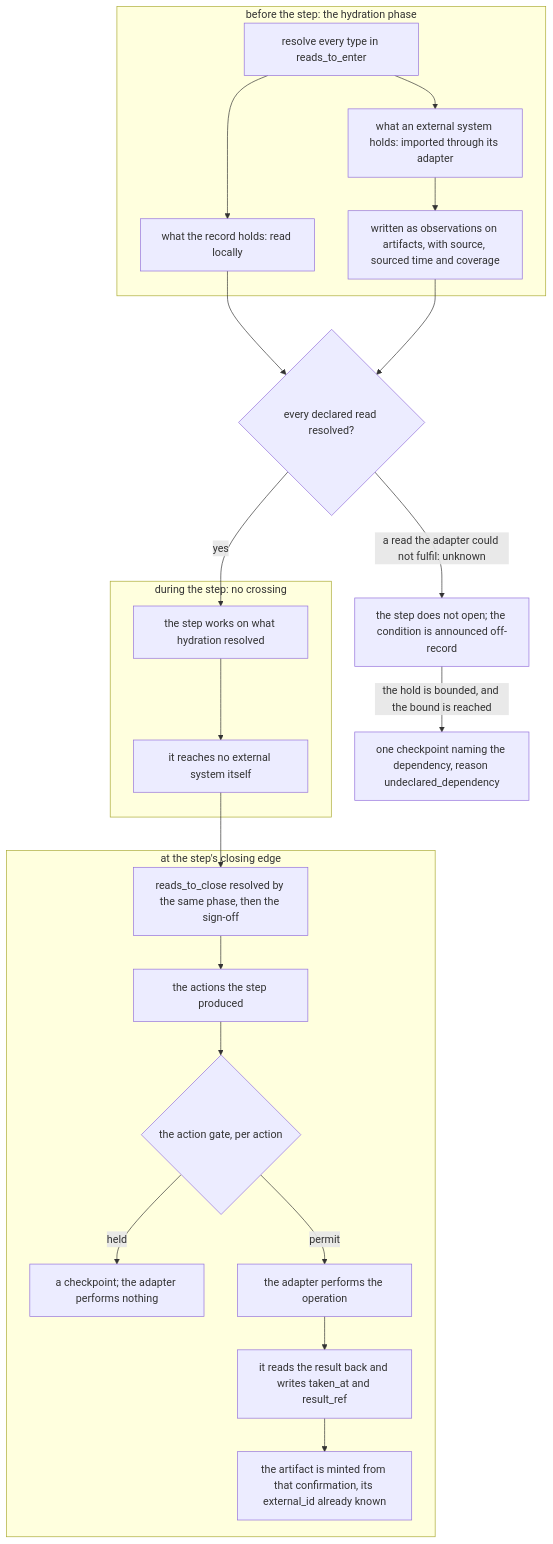
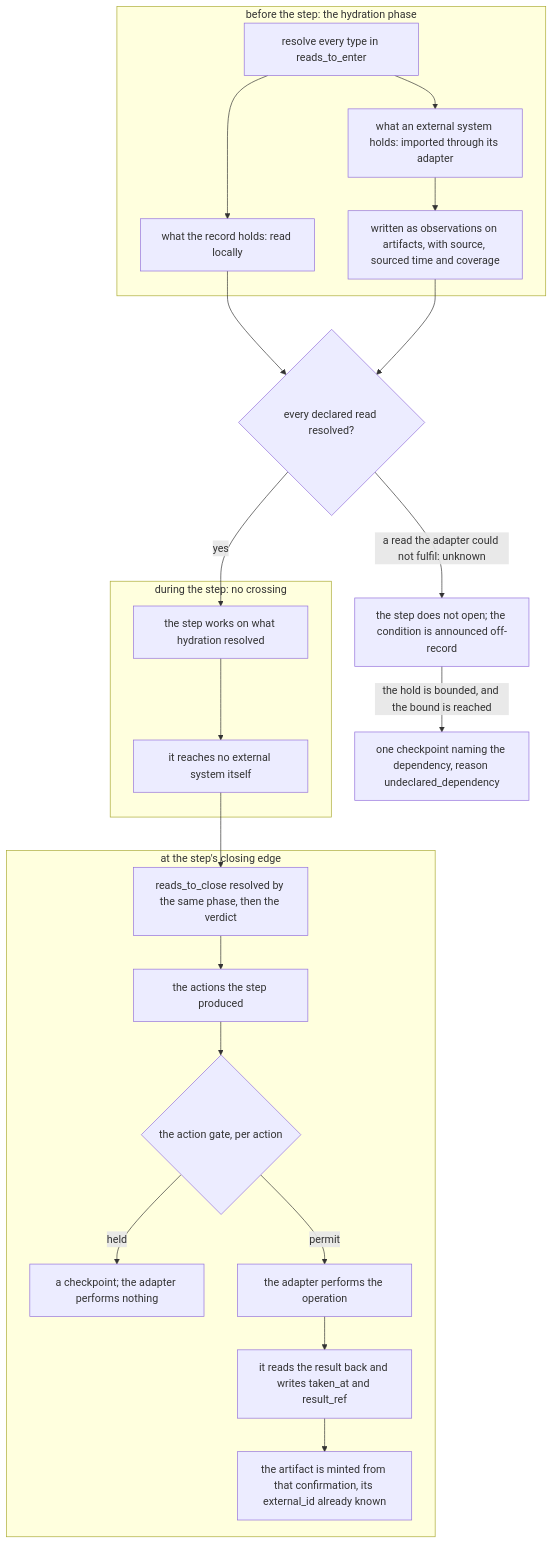
The second of 2 diagrams in docs/foundation/adapters.md (markmhendrickson/ateles), drawn with Mermaid before and after one commit. The commit also changed other lines of this file and 32 other files, not shown here.

````diff
--- a/docs/foundation/adapters.md
+++ b/docs/foundation/adapters.md
@@ -128,30 +128,30 @@
 ```mermaid
 flowchart TD
     subgraph BEFORE["before the step: the hydration phase"]
         R1["resolve every type in reads_to_enter"]
         R2["what the record holds: read locally"]
         R3["what an external system holds: imported through its adapter"]
         R4["written as observations on artifacts, with source, sourced time and coverage"]
         R1 --> R2
         R1 --> R3
         R3 --> R4
     end
     R2 --> Q{"every declared read resolved?"}
     R4 --> Q
     Q -->|"a read the adapter could not fulfil: unknown"| HOLD["the step does not open; the condition is announced off-record"]
     HOLD -->|"the hold is bounded, and the bound is reached"| CP["one checkpoint naming the dependency, reason undeclared_dependency"]
     Q -->|"yes"| STEP
     subgraph DURING["during the step: no crossing"]
         STEP["the step works on what hydration resolved"]
         STEP --> NO["it reaches no external system itself"]
     end
-    NO --> RC["reads_to_close resolved by the same phase, then the sign-off"]
+    NO --> RC["reads_to_close resolved by the same phase, then the verdict"]
     subgraph AFTER["at the step's closing edge"]
         RC --> A["the actions the step produced"]
         A --> G{"the action gate, per action"}
         G -->|"held"| CP2["a checkpoint; the adapter performs nothing"]
         G -->|"permit"| P["the adapter performs the operation"]
         P --> RB["it reads the result back and writes taken_at and result_ref"]
         RB --> ART["the artifact is minted from that confirmation, its external_id already known"]
     end
 ```
````
